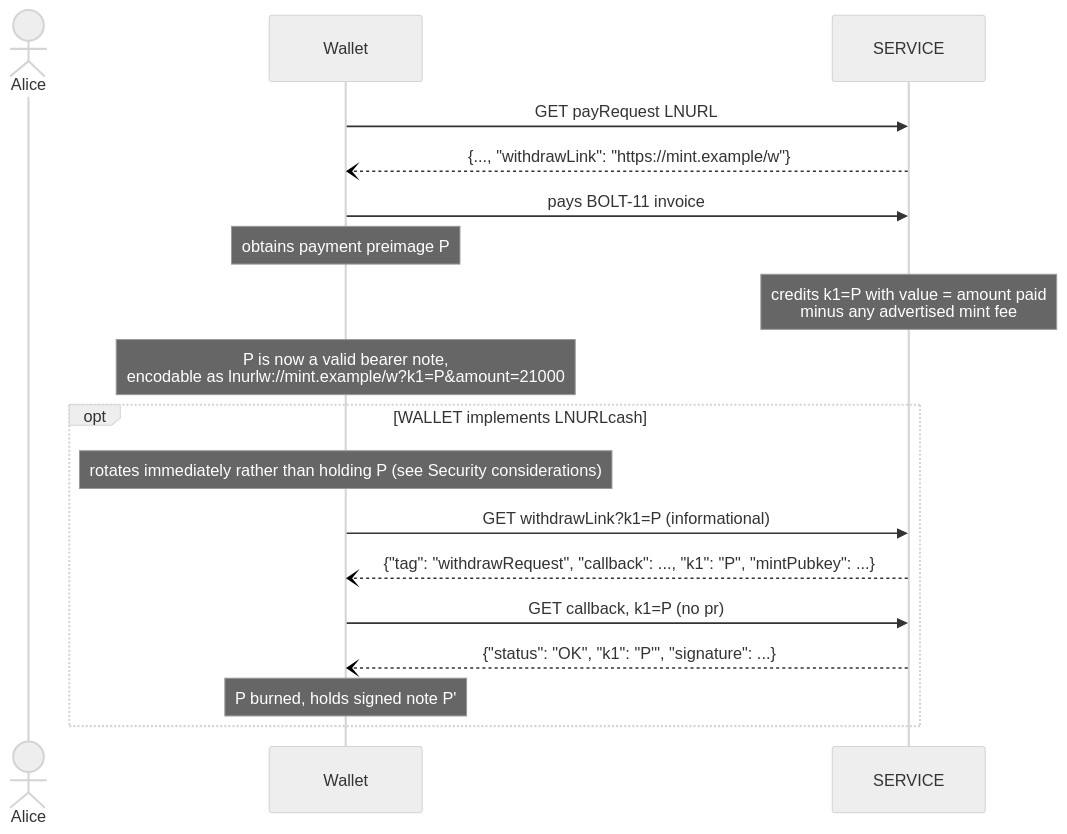
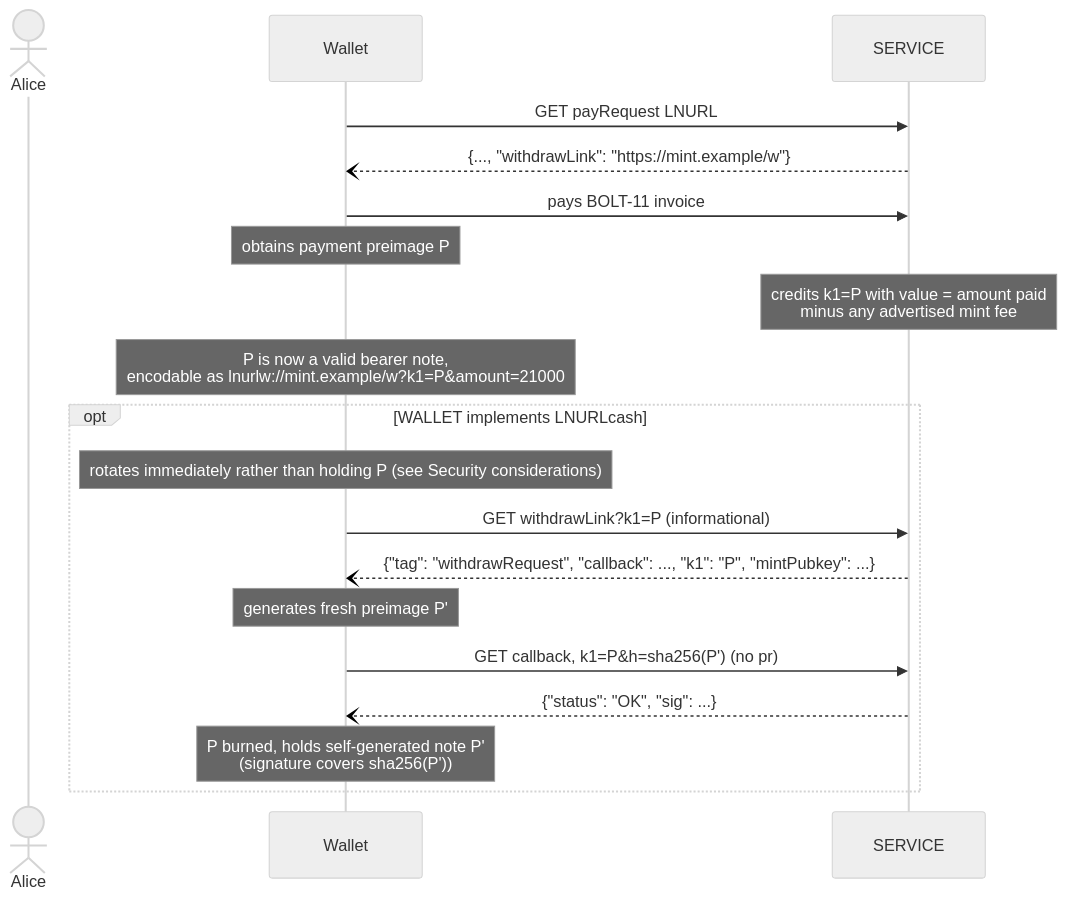
The first of 2 diagrams in 25.md (lnurl/luds), drawn with Mermaid (neutral theme) before and after one commit. The commit also changed other lines of this file, not shown here.

Commit message:
wallet generated preimages require hashes rotate/split/combine

````diff
--- a/25.md
+++ b/25.md
@@ -33,20 +33,21 @@
 ```mermaid
 sequenceDiagram
     actor Alice
     participant Wallet
     participant SERVICE
     Wallet->>SERVICE: GET payRequest LNURL
     SERVICE--)Wallet: {..., "withdrawLink": "https://mint.example/w"}
     Wallet->>SERVICE: pays BOLT-11 invoice
     Note over Wallet: obtains payment preimage P
     Note over SERVICE: credits k1=P with value = amount paid<br/>minus any advertised mint fee
     Note over Wallet: P is now a valid bearer note,<br/>encodable as lnurlw://mint.example/w?k1=P&amount=21000
     opt WALLET implements LNURLcash
         Note over Wallet: rotates immediately rather than holding P (see Security considerations)
         Wallet->>SERVICE: GET withdrawLink?k1=P (informational)
         SERVICE--)Wallet: {"tag": "withdrawRequest", "callback": ..., "k1": "P", "mintPubkey": ...}
-        Wallet->>SERVICE: GET callback, k1=P (no pr)
-        SERVICE--)Wallet: {"status": "OK", "k1": "P'", "signature": ...}
-        Note over Wallet: P burned, holds signed note P'
+        Note over Wallet: generates fresh preimage P'
+        Wallet->>SERVICE: GET callback, k1=P&h=sha256(P') (no pr)
+        SERVICE--)Wallet: {"status": "OK", "sig": ...}
+        Note over Wallet: P burned, holds self-generated note P'<br/>(signature covers sha256(P'))
     end
 ```
````
